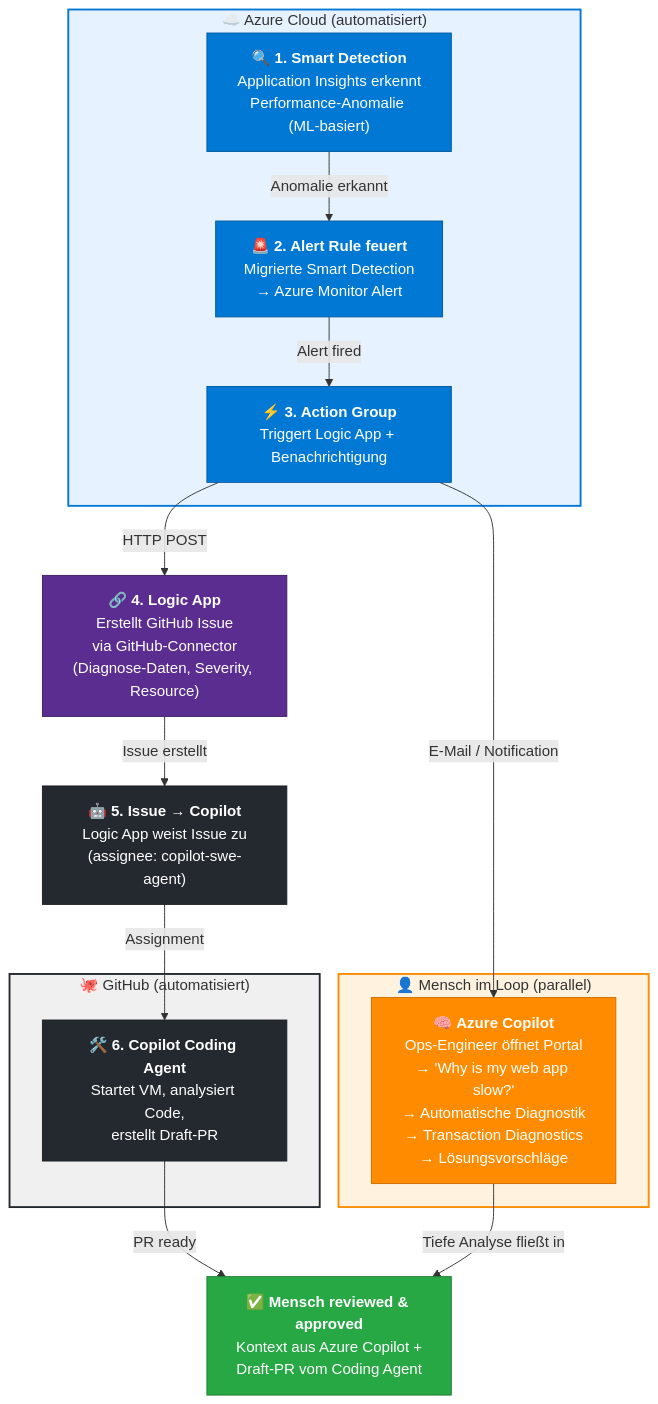
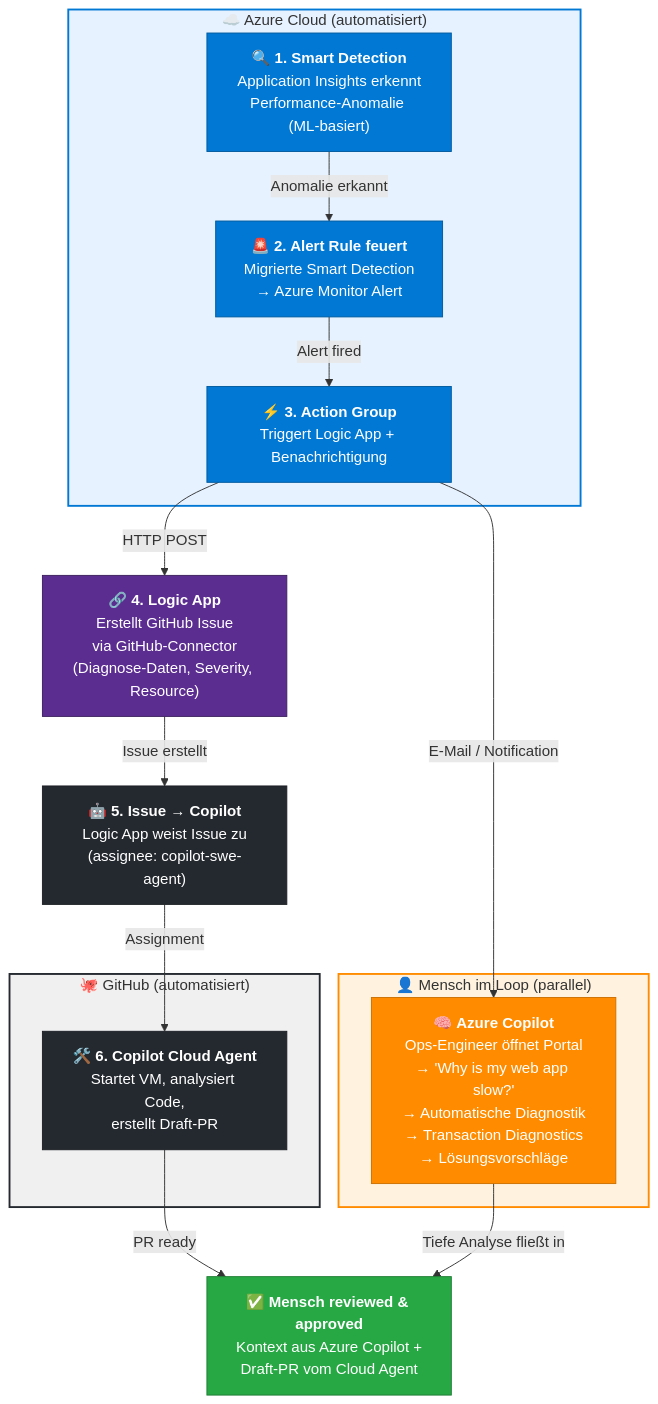
Before and after one commit to harrybin/presentations: the diagram in aiops-Mainteance-mit-KI_Interview.md, drawn with Mermaid. The commit also changed other lines of this file and 4 other files, not shown here.

Commit message:
fix: update references from "Coding Agent" to "Cloud Agent" in multiple slides

````diff
--- a/aiops-Mainteance-mit-KI_Interview.md
+++ b/aiops-Mainteance-mit-KI_Interview.md
@@ -17,40 +17,40 @@
 ```mermaid
 flowchart TD
     A["🔍 <b>1. Smart Detection</b><br/>Application Insights erkennt<br/>Performance-Anomalie (ML-basiert)"] -->|Anomalie erkannt| B
     B["🚨 <b>2. Alert Rule feuert</b><br/>Migrierte Smart Detection<br/>→ Azure Monitor Alert"] -->|Alert fired| C
     C["⚡ <b>3. Action Group</b><br/>Triggert Logic App + Benachrichtigung"] -->|HTTP POST| D
     C -->|E-Mail / Notification| H
 
     subgraph azure ["☁️ Azure Cloud (automatisiert)"]
         A
         B
         C
     end
 
     D["🔗 <b>4. Logic App</b><br/>Erstellt GitHub Issue<br/>via GitHub-Connector<br/>(Diagnose-Daten, Severity, Resource)"] -->|Issue erstellt| E
     E["🤖 <b>5. Issue → Copilot</b><br/>Logic App weist Issue zu<br/>(assignee: copilot-swe-agent)"] -->|Assignment| F
 
     subgraph github ["🐙 GitHub (automatisiert)"]
-        F["🛠️ <b>6. Copilot Coding Agent</b><br/>Startet VM, analysiert Code,<br/>erstellt Draft-PR"]
+        F["🛠️ <b>6. Copilot Cloud Agent</b><br/>Startet VM, analysiert Code,<br/>erstellt Draft-PR"]
     end
 
     subgraph manual ["👤 Mensch im Loop (parallel)"]
         H["🧠 <b>Azure Copilot</b><br/>Ops-Engineer öffnet Portal<br/>→ 'Why is my web app slow?'<br/>→ Automatische Diagnostik<br/>→ Transaction Diagnostics<br/>→ Lösungsvorschläge"]
     end
 
     F -->|PR ready| G
     H -->|Tiefe Analyse fließt in| G
-    G["✅ <b>Mensch reviewed & approved</b><br/>Kontext aus Azure Copilot +<br/>Draft-PR vom Coding Agent"]
+    G["✅ <b>Mensch reviewed & approved</b><br/>Kontext aus Azure Copilot +<br/>Draft-PR vom Cloud Agent"]
 
     style A fill:#0078D4,color:#fff,stroke:#005A9E
     style B fill:#0078D4,color:#fff,stroke:#005A9E
     style C fill:#0078D4,color:#fff,stroke:#005A9E
     style D fill:#5C2D91,color:#fff,stroke:#3B1F5E
     style E fill:#24292F,color:#fff,stroke:#1B1F23
     style F fill:#24292F,color:#fff,stroke:#1B1F23
     style G fill:#28A745,color:#fff,stroke:#1E7E34
     style H fill:#FF8C00,color:#fff,stroke:#CC7000
     style azure fill:#E6F2FF,stroke:#0078D4,stroke-width:2px
     style github fill:#F0F0F0,stroke:#24292F,stroke-width:2px
     style manual fill:#FFF3E0,stroke:#FF8C00,stroke-width:2px
 ```
````
